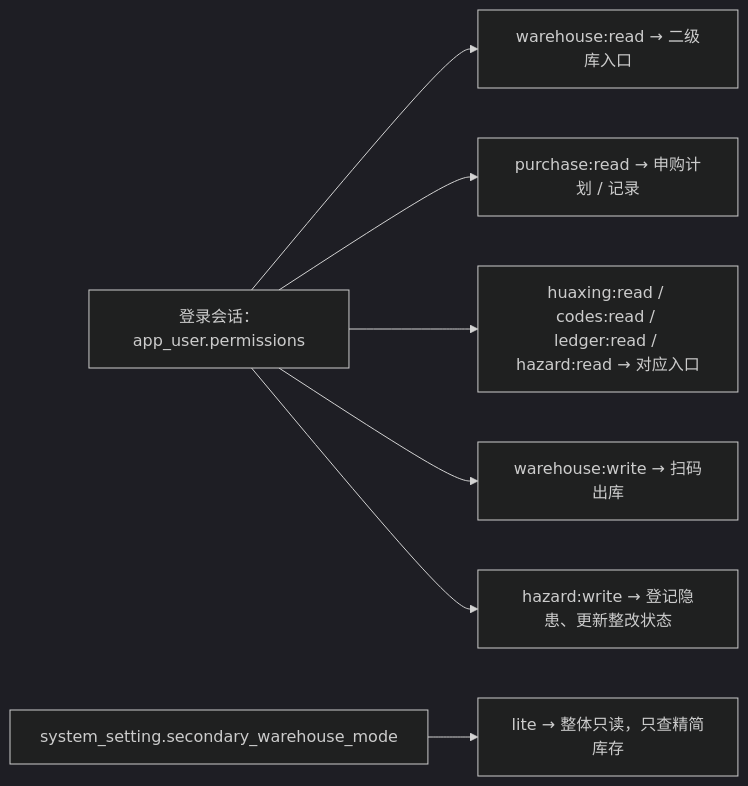
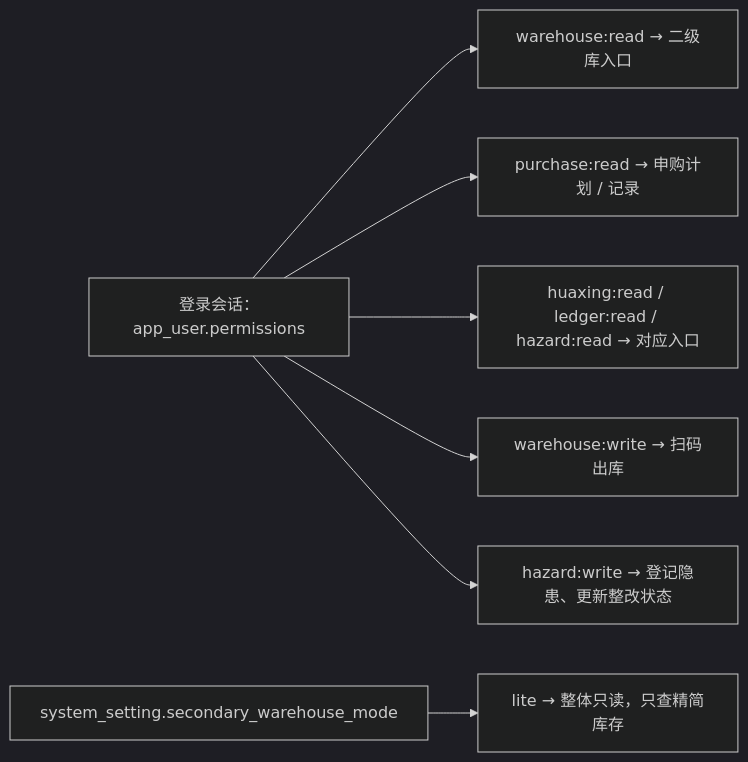
Before and after one commit to Sakana-1314/Electrical-Manager: the tenth of 10 diagrams in docs/websites/pages/dev-architecture.md, drawn with Mermaid (dark theme). The commit also changed other lines of this file and 38 other files, not shown here.

````diff
--- a/docs/websites/pages/dev-architecture.md
+++ b/docs/websites/pages/dev-architecture.md
@@ -1133,9 +1132,9 @@
 ```mermaid
 flowchart LR
     U["登录会话：app_user.permissions"] --> R1["warehouse:read → 二级库入口"]
     U --> R2["purchase:read → 申购计划 / 记录"]
-    U --> R3["huaxing:read / codes:read / ledger:read / hazard:read → 对应入口"]
+    U --> R3["huaxing:read / ledger:read / hazard:read → 对应入口"]
     U --> W1["warehouse:write → 扫码出库"]
     U --> W2["hazard:write → 登记隐患、更新整改状态"]
     S["system_setting.secondary_warehouse_mode"] --> L["lite → 整体只读，只查精简库存"]
 ```
````
